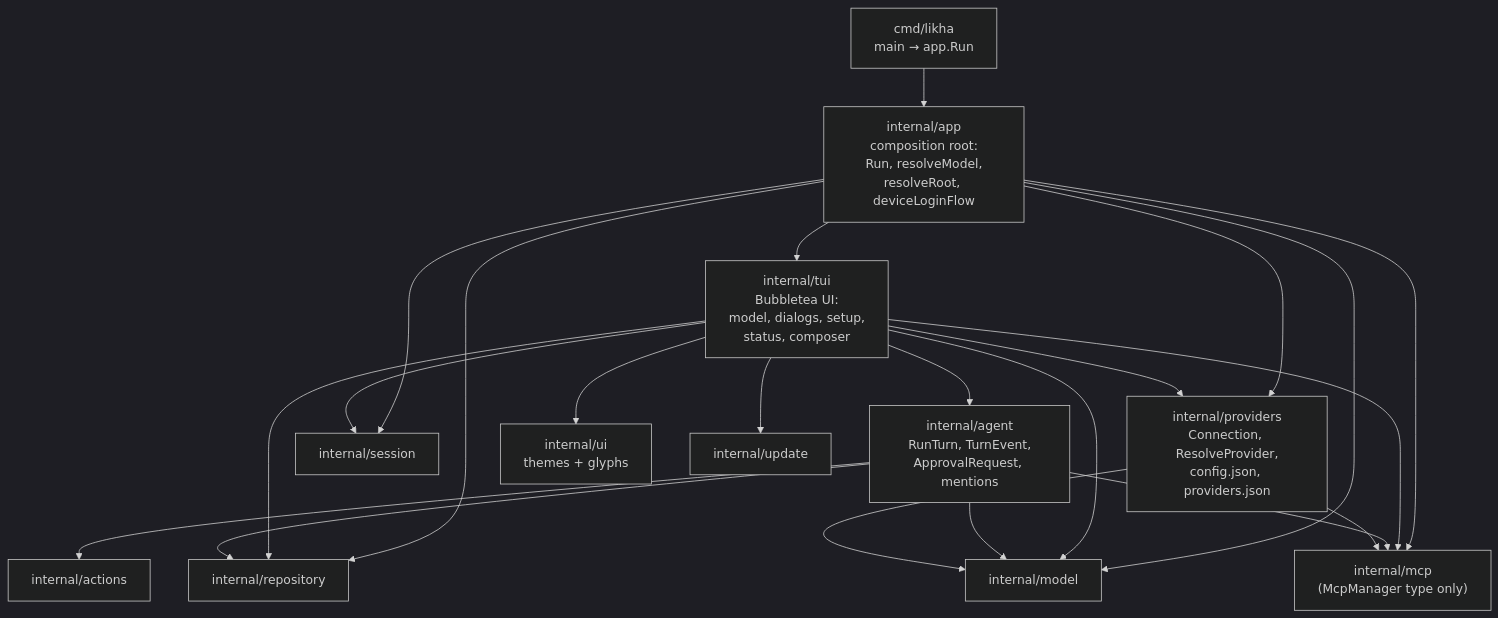
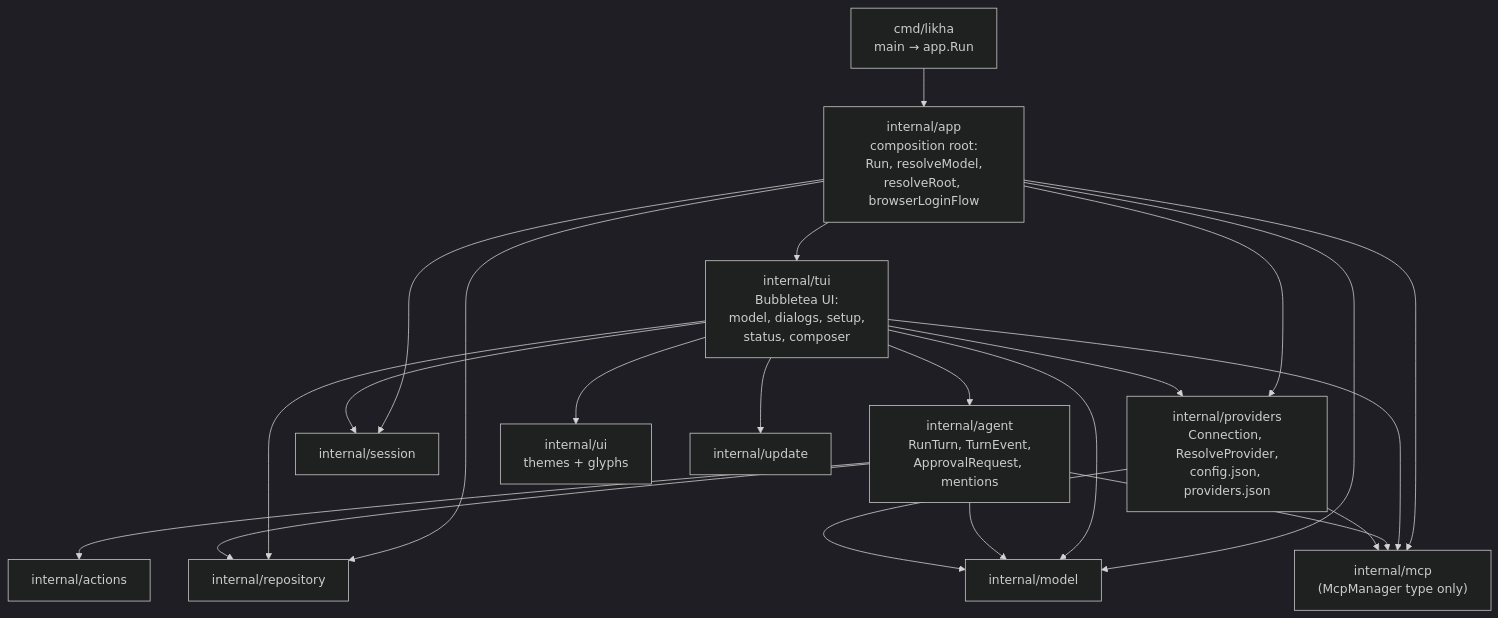
The diagram in ARCHITECTURE.md (joshuagemvicente/likha), drawn with Mermaid (dark theme) before and after one commit. The commit also changed other lines of this file and 80 other files, not shown here.

````diff
--- a/ARCHITECTURE.md
+++ b/ARCHITECTURE.md
@@ -9,24 +9,24 @@
 ```mermaid
 flowchart TD
-    cmd["cmd/likha\nmain → app.Run"] --> app["internal/app\ncomposition root:\nRun, resolveModel,\nresolveRoot, deviceLoginFlow"]
+    cmd["cmd/likha\nmain → app.Run"] --> app["internal/app\ncomposition root:\nRun, resolveModel,\nresolveRoot, browserLoginFlow"]
     app --> tui["internal/tui\nBubbletea UI:\nmodel, dialogs, setup,\nstatus, composer"]
     app --> providers["internal/providers\nConnection, ResolveProvider,\nconfig.json, providers.json"]
     app --> sess["internal/session"]
     app --> repo["internal/repository"]
     app --> model["internal/model"]
     app --> mcp["internal/mcp"]
     tui --> agent["internal/agent\nRunTurn, TurnEvent,\nApprovalRequest, mentions"]
     tui --> providers
     tui --> sess
     tui --> repo
     tui --> model
     tui --> mcp
     tui --> ui["internal/ui\nthemes + glyphs"]
     tui --> update["internal/update"]
     agent --> actions["internal/actions"]
     agent --> model
     agent --> repo
     agent --> mcp
     providers --> model
     providers --> mcp["internal/mcp\n(McpManager type only)"]
 ```
````
